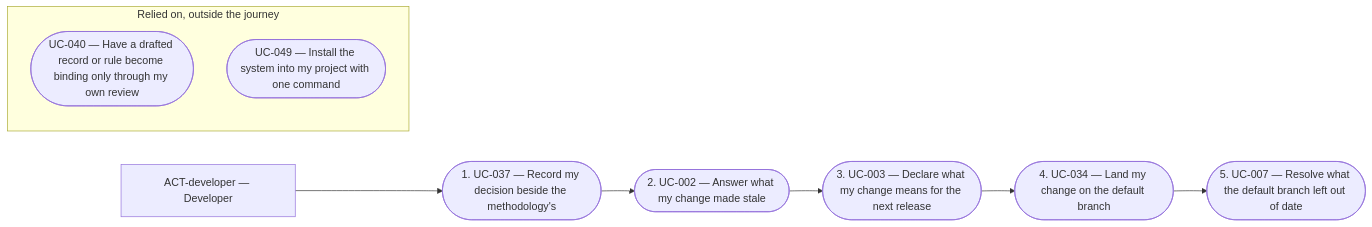
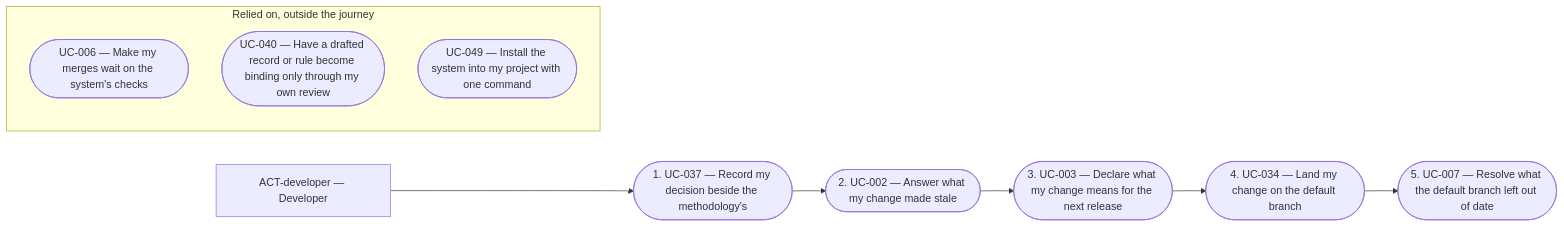
One commit to aleskalfas/project-kit changed the third of 3 diagrams in tech-docs/analysis/core/overview/README.md. Above: the diagram before and after it, drawn with Mermaid. The commit also changed other lines of this file and 3 other files, not shown here.

````diff
--- a/tech-docs/analysis/core/overview/README.md
+++ b/tech-docs/analysis/core/overview/README.md
@@ -219,20 +220,21 @@
 ```mermaid
 flowchart LR
   accTitle: JRN-003 — Deliver a change
-  accDescr: The flow of JRN-003: ACT-developer takes 5 steps in order, UC-037, UC-002, UC-003, UC-034, UC-007. It relies on 2 use cases outside the journey, drawn apart with no arrow.
+  accDescr: The flow of JRN-003: ACT-developer takes 5 steps in order, UC-037, UC-002, UC-003, UC-034, UC-007. It relies on 3 use cases outside the journey, drawn apart with no arrow.
   ACT_developer["ACT-developer — Developer"]
   step_1(["1. UC-037 — Record my decision beside the methodology's"])
   step_2(["2. UC-002 — Answer what my change made stale"])
   step_3(["3. UC-003 — Declare what my change means for the next release"])
   step_4(["4. UC-034 — Land my change on the default branch"])
   step_5(["5. UC-007 — Resolve what the default branch left out of date"])
   subgraph relies_on["Relied on, outside the journey"]
+    UC_006(["UC-006 — Make my merges wait on the system's checks"])
     UC_040(["UC-040 — Have a drafted record or rule become binding only through my own review"])
     UC_049(["UC-049 — Install the system into my project with one command"])
   end
   ACT_developer --> step_1
   step_1 --> step_2
   step_2 --> step_3
   step_3 --> step_4
   step_4 --> step_5
 ```
````
